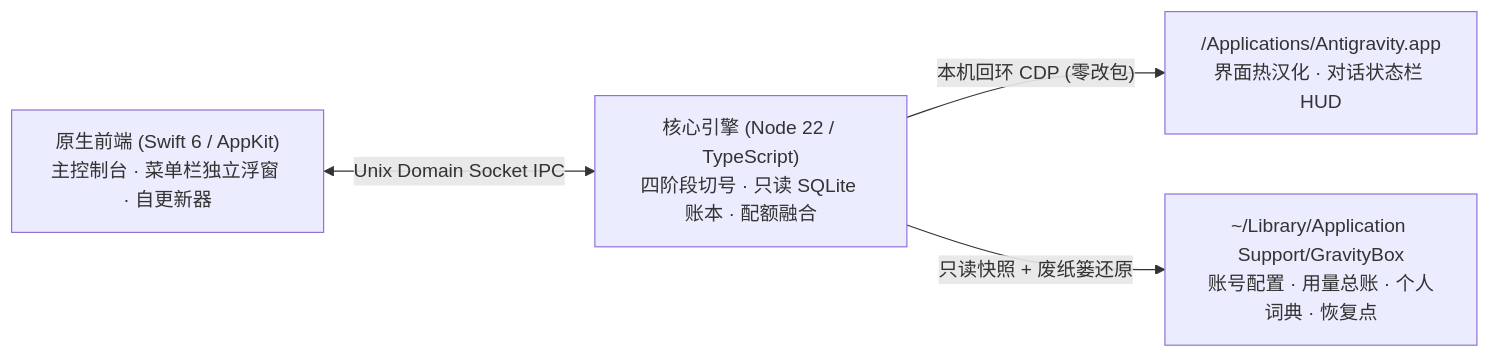
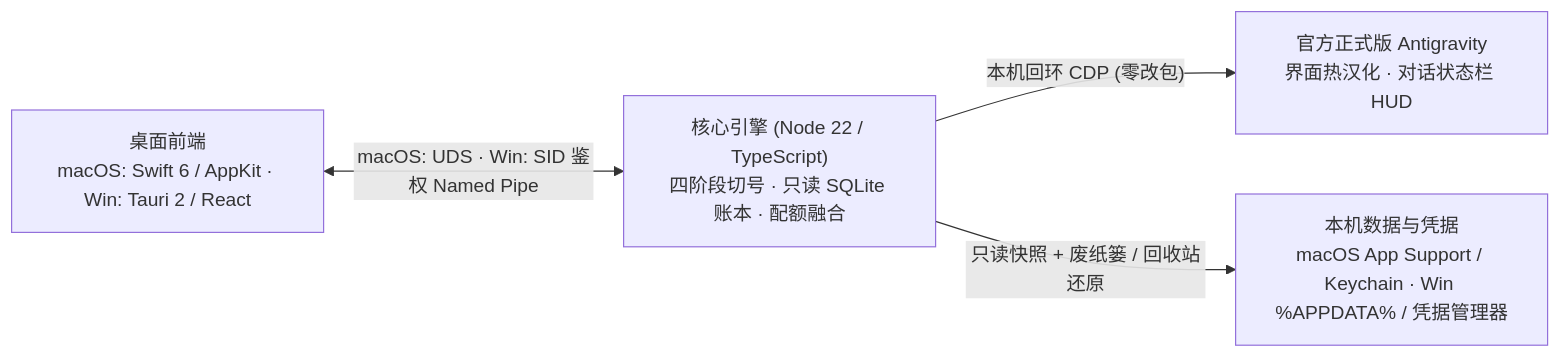
The diagram in README.zh-CN.md (Agonie0v0/gravitybox), drawn with Mermaid before and after one commit. The commit also changed other lines of this file and 21 other files, not shown here.

````diff
--- a/README.zh-CN.md
+++ b/README.zh-CN.md
@@ -274,6 +300,6 @@
 ```mermaid
 flowchart LR
-  UI["原生前端 (Swift 6 / AppKit)<br/>主控制台 · 菜单栏独立浮窗 · 自更新器"] <-->|"Unix Domain Socket IPC"| Core["核心引擎 (Node 22 / TypeScript)<br/>四阶段切号 · 只读 SQLite 账本 · 配额融合"]
-  Core -->|"本机回环 CDP (零改包)"| IDE["/Applications/Antigravity.app<br/>界面热汉化 · 对话状态栏 HUD"]
-  Core -->|"只读快照 + 废纸篓还原"| Local["~/Library/Application Support/GravityBox<br/>账号配置 · 用量总账 · 个人词典 · 恢复点"]
+  UI["桌面前端<br/>macOS: Swift 6 / AppKit · Win: Tauri 2 / React"] <-->|"macOS: UDS · Win: SID 鉴权 Named Pipe"| Core["核心引擎 (Node 22 / TypeScript)<br/>四阶段切号 · 只读 SQLite 账本 · 配额融合"]
+  Core -->|"本机回环 CDP (零改包)"| IDE["官方正式版 Antigravity<br/>界面热汉化 · 对话状态栏 HUD"]
+  Core -->|"只读快照 + 废纸篓 / 回收站还原"| Local["本机数据与凭据<br/>macOS App Support / Keychain · Win %APPDATA% / 凭据管理器"]
 ```
````
